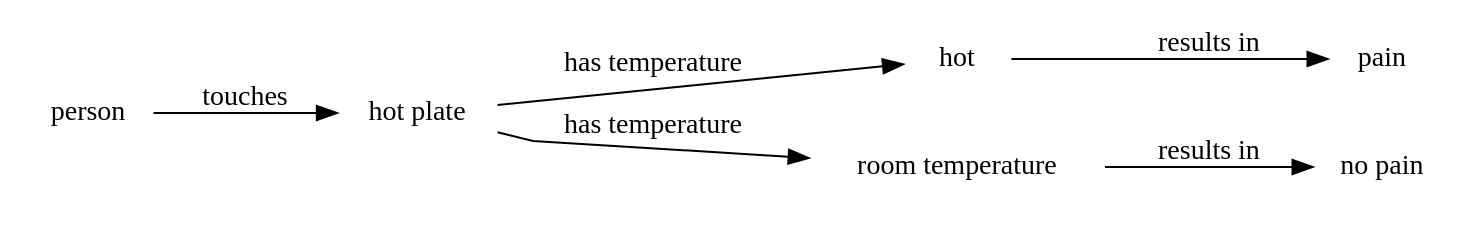
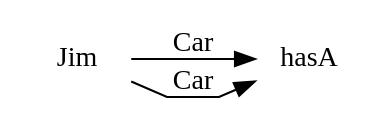
The diagram in basics/test-output/round-table.gv (DJimmie/graph-theory-applications), drawn with Graphviz before and after one commit. The commit also changed 4 other files, not shown here.

```diff
--- a/basics/test-output/round-table.gv
+++ b/basics/test-output/round-table.gv
@@ -1,11 +1,8 @@
 // The Round Table
 digraph {
 	graph [landscape=False rankdir=LR size="20,16" splines=polyline]
 	node [color=white style=filled]
 	node [shape=plaintext]
-	person -> "hot plate" [label=touches]
-	"hot plate" -> hot [label="has temperature"]
-	"hot plate" -> "room temperature" [label="has temperature"]
-	hot -> pain [label="results in"]
-	"room temperature" -> "no pain" [label="results in"]
+	Jim -> hasA [label=Car]
+	Jim -> hasA [label=Car]
 }
```
